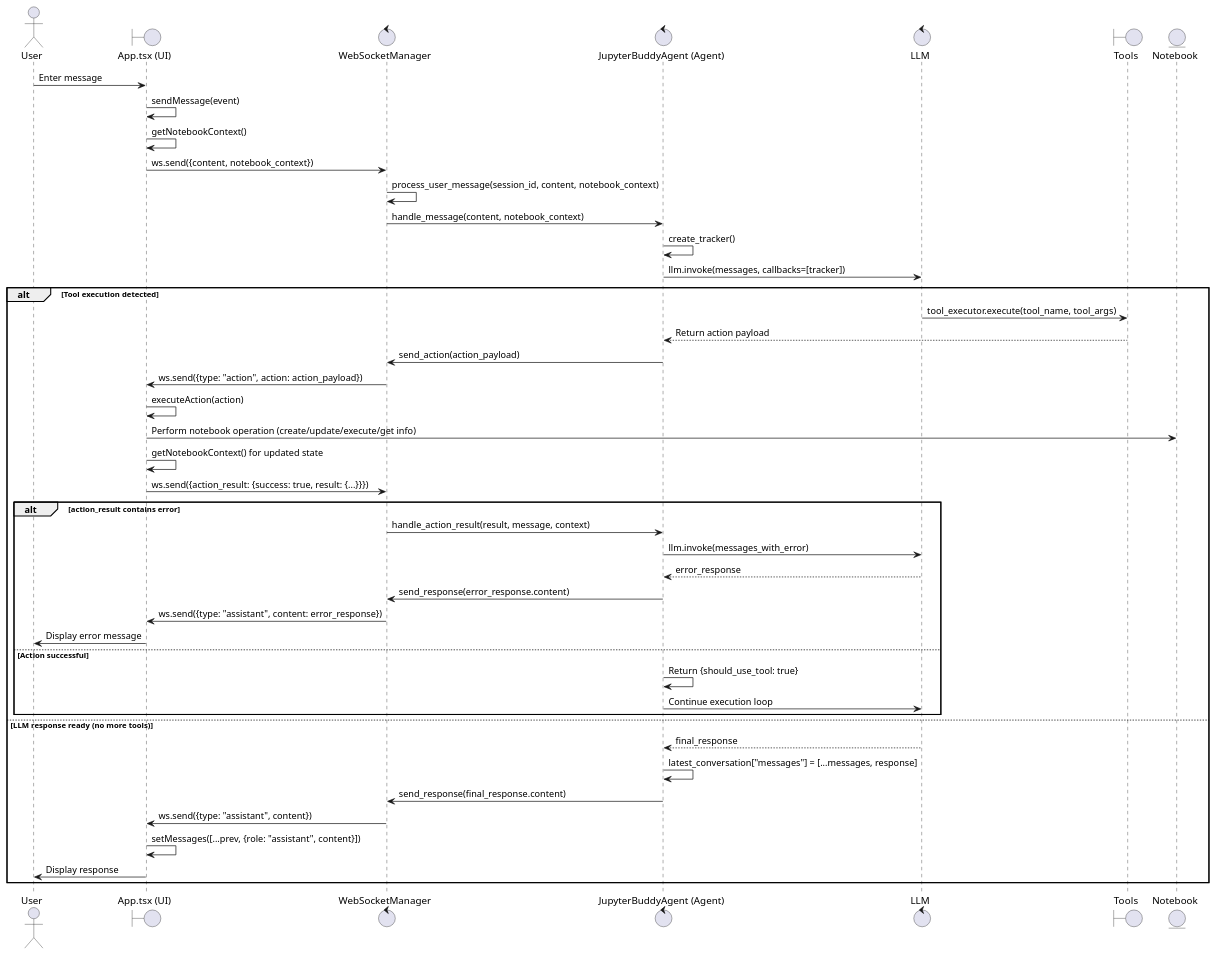
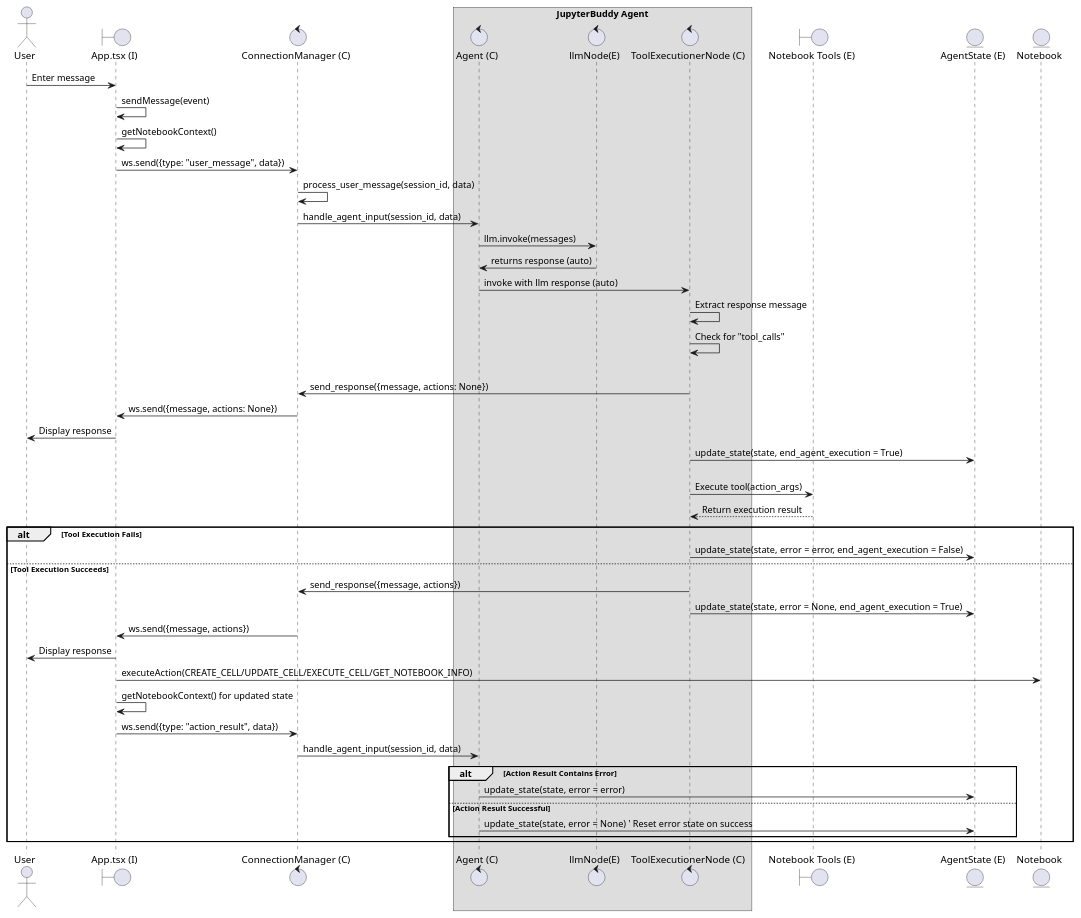
One commit to CMU-MSEAI-2025-CAP-JupyterTeam/juppyterBuddy-backend changed the diagram in docs/flow.plantuml. Above: the diagram before and after it, drawn with PlantUML.

Commit message:
update document

```diff
--- a/docs/flow.plantuml
+++ b/docs/flow.plantuml
@@ -1,67 +1,65 @@
 @startuml JupyterBuddy System Sequence Diagram
 
 actor User
+boundary "App.tsx (I)" as Frontend
+control "ConnectionManager (C)" as WebSocketManager
+box "JupyterBuddy Agent"
+    control "Agent (C)" as Agent
+    control "llmNode(E)" as LLM
+    control "ToolExecutionerNode (C)" as ToolExecutor
+end box
+boundary "Notebook Tools (E)" as Tools
+entity "AgentState (E)" as AgentState
+entity Notebook
 
-' === Interface Layer (UI) ===
-boundary "App.tsx (UI)" as Frontend
-
-' === Controller Layer (Backend) ===
-control WebSocketManager
-control "JupyterBuddyAgent (Agent)" as Agent
-control "LLM" as LLM
-
-' === Entity Layer (Processing & Actions) ===
-
-boundary Tools
-entity "Notebook" as Notebook
-
-' === User initiates a message ===
+' User sends a message
 User -> Frontend: Enter message
 Frontend -> Frontend: sendMessage(event)
 Frontend -> Frontend: getNotebookContext()
-Frontend -> WebSocketManager: ws.send({content, notebook_context})
-WebSocketManager -> WebSocketManager: process_user_message(session_id, content, notebook_context)
-WebSocketManager -> Agent: handle_message(content, notebook_context)
+Frontend -> WebSocketManager: ws.send({type: "user_message", data})
+WebSocketManager -> WebSocketManager: process_user_message(session_id, data)
+WebSocketManager -> Agent: handle_agent_input(session_id, data)
 
-' === Agent processes message ===
-Agent -> Agent: create_tracker()
-Agent -> LLM: llm.invoke(messages, callbacks=[tracker])
+' Agent processes message
+Agent -> LLM: llm.invoke(messages)
+LLM -> Agent: returns response (auto)
+Agent -> ToolExecutor: invoke with llm response (auto)
 
-alt Tool execution detected
-    ' === Tool execution flow ===
-    LLM -> Tools: tool_executor.execute(tool_name, tool_args)
-    Tools --> Agent: Return action payload
-    Agent -> WebSocketManager: send_action(action_payload)
-    WebSocketManager -> Frontend: ws.send({type: "action", action: action_payload})
+' Decision point - Check if LLM generated tool calls
+ToolExecutor -> ToolExecutor: Extract response message
+ToolExecutor -> ToolExecutor: Check for "tool_calls"
+
+alt No Tools Called
+    ToolExecutor -> WebSocketManager: send_response({message, actions: None})
+    WebSocketManager -> Frontend: ws.send({message, actions: None})
+    Frontend -> User: Display response
+    ToolExecutor -> AgentState: update_state(state, end_agent_execution = True)
+else Tools Called
+    ToolExecutor -> Tools: Execute tool(action_args)
+    Tools --> ToolExecutor: Return execution result
     
-    ' === Frontend executes action ===
-    Frontend -> Frontend: executeAction(action)
-    Frontend -> Notebook: Perform notebook operation (create/update/execute/get info)
-    Frontend -> Frontend: getNotebookContext() for updated state
+    alt Tool Execution Fails
+        ' update state with error{error_type: "tool_error", error_message: err_msg}
+        ToolExecutor -> AgentState: update_state(state, error = error, end_agent_execution = False)
+    else Tool Execution Succeeds
+        ToolExecutor -> WebSocketManager: send_response({message, actions})
+        ToolExecutor -> AgentState: update_state(state, error = None, end_agent_execution = True)
+        WebSocketManager -> Frontend: ws.send({message, actions})
+        
+        ' Frontend processes response
+        Frontend -> User: Display response
+        Frontend -> Notebook: executeAction(CREATE_CELL/UPDATE_CELL/EXECUTE_CELL/GET_NOTEBOOK_INFO)
+        Frontend -> Frontend: getNotebookContext() for updated state
+        Frontend -> WebSocketManager: ws.send({type: "action_result", data})
+        WebSocketManager -> Agent: handle_agent_input(session_id, data)
     
-    ' === Frontend sends action result back ===
-    Frontend -> WebSocketManager: ws.send({action_result: {success: true, result: {...}}})
-
-    alt action_result contains error
-        WebSocketManager -> Agent: handle_action_result(result, message, context)
-        Agent -> LLM: llm.invoke(messages_with_error)
-        LLM --> Agent: error_response
-        Agent -> WebSocketManager: send_response(error_response.content)
-        WebSocketManager -> Frontend: ws.send({type: "assistant", content: error_response})
-        Frontend -> User: Display error message
-    else Action successful
-        ' === Continue tool execution loop ===
-        Agent -> Agent: Return {should_use_tool: true}
-        Agent -> LLM: Continue execution loop
+    ' Decision point - Handle frontend result
+    alt Action Result Contains Error
+        'update state with error{error_type: "frontend_exe_error", error_message: err_msg}
+        Agent -> AgentState: update_state(state, error = error)
+    else Action Result Successful
+        Agent -> AgentState: update_state(state, error = None) ' Reset error state on success
     end
-else LLM response ready (no more tools)
-    ' === Final response to user ===
-    LLM --> Agent: final_response
-    Agent -> Agent: latest_conversation["messages"] = [...messages, response]
-    Agent -> WebSocketManager: send_response(final_response.content)
-    WebSocketManager -> Frontend: ws.send({type: "assistant", content})
-    Frontend -> Frontend: setMessages([...prev, {role: "assistant", content}])
-    Frontend -> User: Display response
 end
 
 @enduml
```
